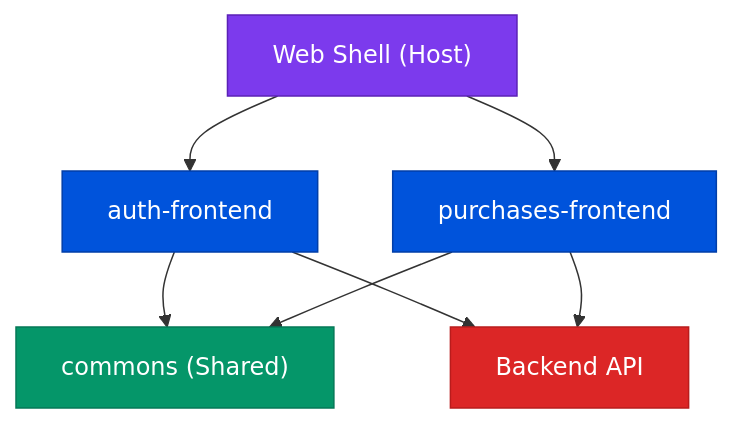
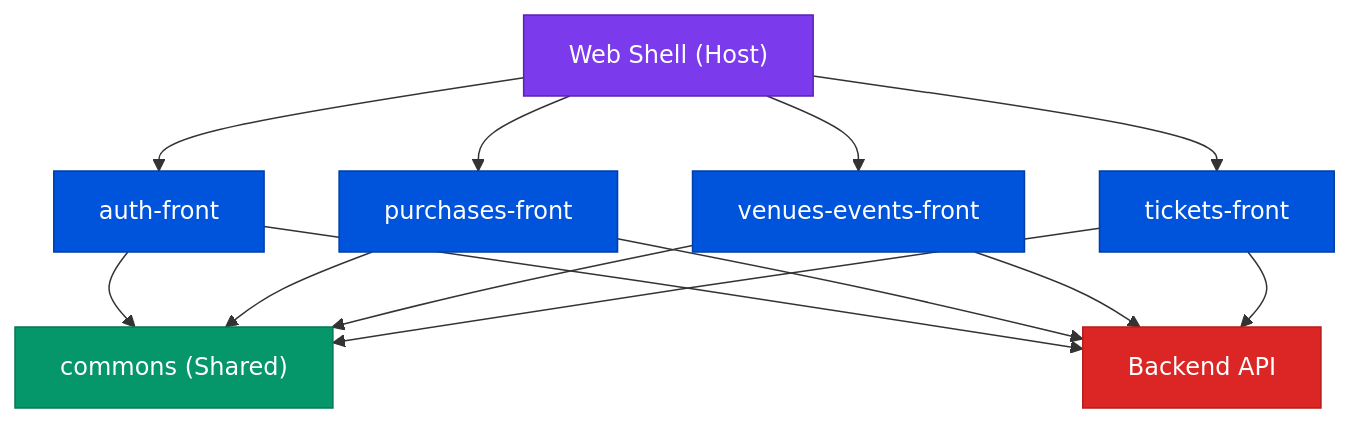
The first of 7 diagrams in README.md (amadorcdr/nextticket), drawn with Mermaid before and after one commit. The commit also changed other lines of this file and 1 other file, not shown here.

````diff
--- a/README.md
+++ b/README.md
@@ -102,15 +92,23 @@
 ```mermaid
 graph TD
-    A["Web Shell (Host)"] --> B["auth-frontend"]
-    A --> C["purchases-frontend"]
+    A["Web Shell (Host)"] --> B["auth-front"]
+    A --> C["purchases-front"]
+    A --> F["venues-events-front"]
+    A --> G["tickets-front"]
     B --> D["commons (Shared)"]
     C --> D
+    F --> D
+    G --> D
     B --> E["Backend API"]
     C --> E
+    F --> E
+    G --> E
 
     style A fill:#7c3aed,color:#fff,stroke:#5b21b6
     style B fill:#0053db,color:#fff,stroke:#003ea8
     style C fill:#0053db,color:#fff,stroke:#003ea8
+    style F fill:#0053db,color:#fff,stroke:#003ea8
+    style G fill:#0053db,color:#fff,stroke:#003ea8
     style D fill:#059669,color:#fff,stroke:#047857
     style E fill:#dc2626,color:#fff,stroke:#b91c1c
 ```
````
